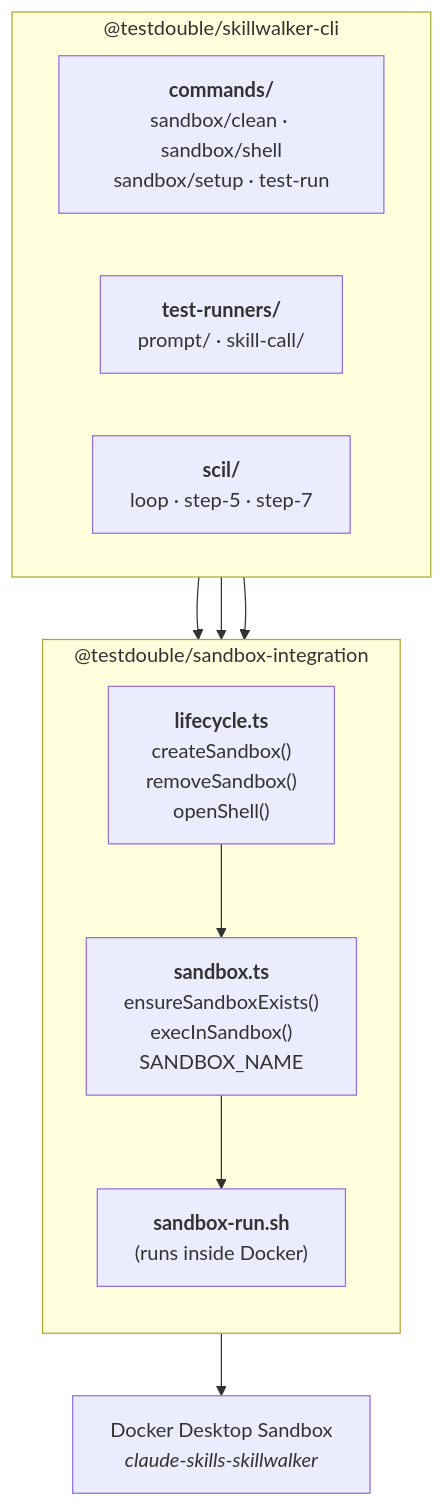
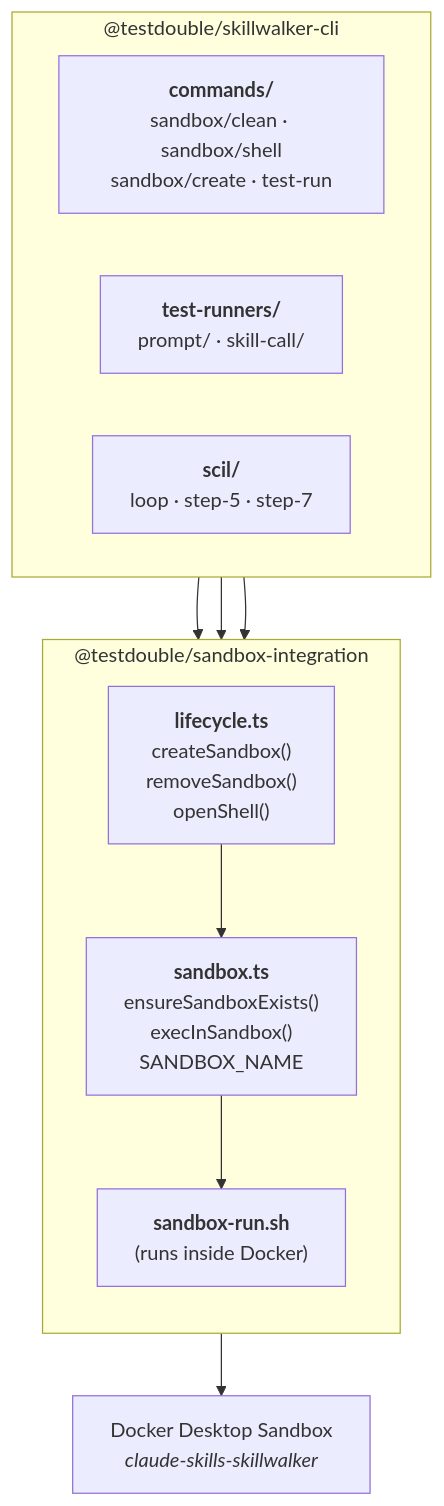
Before and after one commit to testdouble/skills-test-harness: the diagram in docs/sandbox-integration.md, drawn with Mermaid. The commit also changed other lines of this file and 13 other files, not shown here.

Commit message:
feat(cli): rename sandbox setup sub-command to sandbox create

````diff
--- a/docs/sandbox-integration.md
+++ b/docs/sandbox-integration.md
@@ -28,26 +28,26 @@
 ```mermaid
 flowchart TB
     subgraph cli["@testdouble/skillwalker-cli"]
         direction LR
-        commands["<b>commands/</b><br>sandbox/clean · sandbox/shell<br>sandbox/setup · test-run"]
+        commands["<b>commands/</b><br>sandbox/clean · sandbox/shell<br>sandbox/create · test-run"]
         runners["<b>test-runners/</b><br>prompt/ · skill-call/"]
         scil["<b>scil/</b><br>loop · step-5 · step-7"]
     end
 
     subgraph si["@testdouble/sandbox-integration"]
         direction TB
         sandboxts["<b>sandbox.ts</b><br>ensureSandboxExists()<br>execInSandbox()<br>SANDBOX_NAME"]
         lifecycle["<b>lifecycle.ts</b><br>createSandbox()<br>removeSandbox()<br>openShell()"]
         runsh["<b>sandbox-run.sh</b><br>(runs inside Docker)"]
 
         lifecycle --> sandboxts
         sandboxts --> runsh
     end
 
     docker["Docker Desktop Sandbox<br><i>claude-skills-skillwalker</i>"]
 
     commands --> si
     runners --> si
     scil --> si
     runsh --> docker
 ```
````
